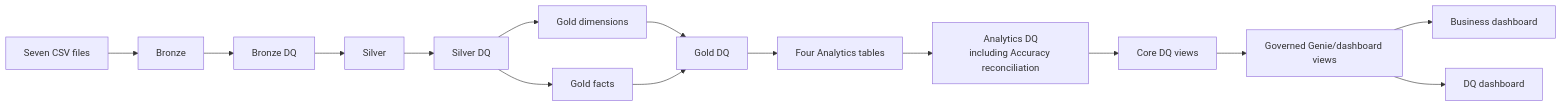
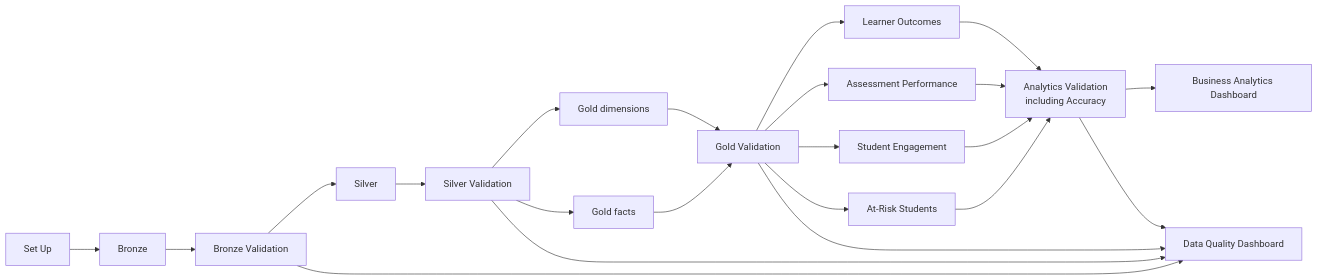
The diagram in docs/architecture.md (killuazai/oulad-dataset), drawn with Mermaid before and after one commit. The commit also changed other lines of this file and 10 other files, not shown here.

````diff
--- a/docs/architecture.md
+++ b/docs/architecture.md
@@ -5,17 +5,24 @@
 ```mermaid
 flowchart LR
-    S[Seven CSV files] --> B[Bronze]
-    B --> QB[Bronze DQ]
+    SET[Set Up] --> B[Bronze]
+    B --> QB[Bronze Validation]
     QB --> C[Silver]
-    C --> QS[Silver DQ]
+    C --> QS[Silver Validation]
     QS --> GD[Gold dimensions]
     QS --> GF[Gold facts]
-    GD --> QG[Gold DQ]
+    GD --> QG[Gold Validation]
     GF --> QG
-    QG --> A[Four Analytics tables]
-    A --> QA[Analytics DQ<br/>including Accuracy reconciliation]
-    QA --> DV[Core DQ views]
-    DV --> GV[Governed Genie/dashboard views]
-    GV --> BD[Business dashboard]
-    GV --> DD[DQ dashboard]
+    QG --> LO[Learner Outcomes]
+    QG --> AP[Assessment Performance]
+    QG --> SE[Student Engagement]
+    QG --> AR[At-Risk Students]
+    LO --> QA[Analytics Validation<br/>including Accuracy]
+    AP --> QA
+    SE --> QA
+    AR --> QA
+    QA --> BD[Business Analytics Dashboard]
+    QB --> DD[Data Quality Dashboard]
+    QS --> DD
+    QG --> DD
+    QA --> DD
 ```
````
